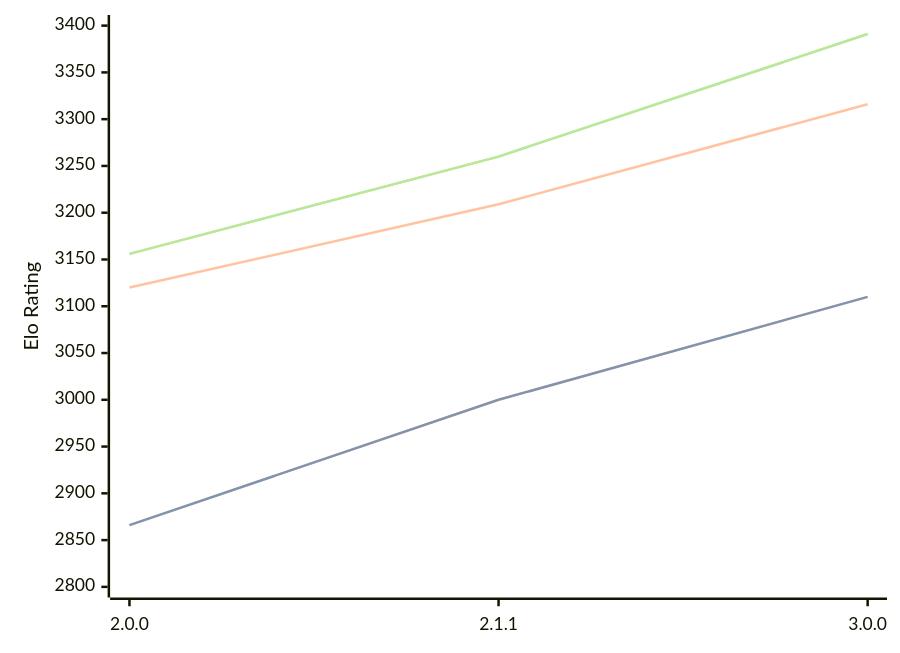
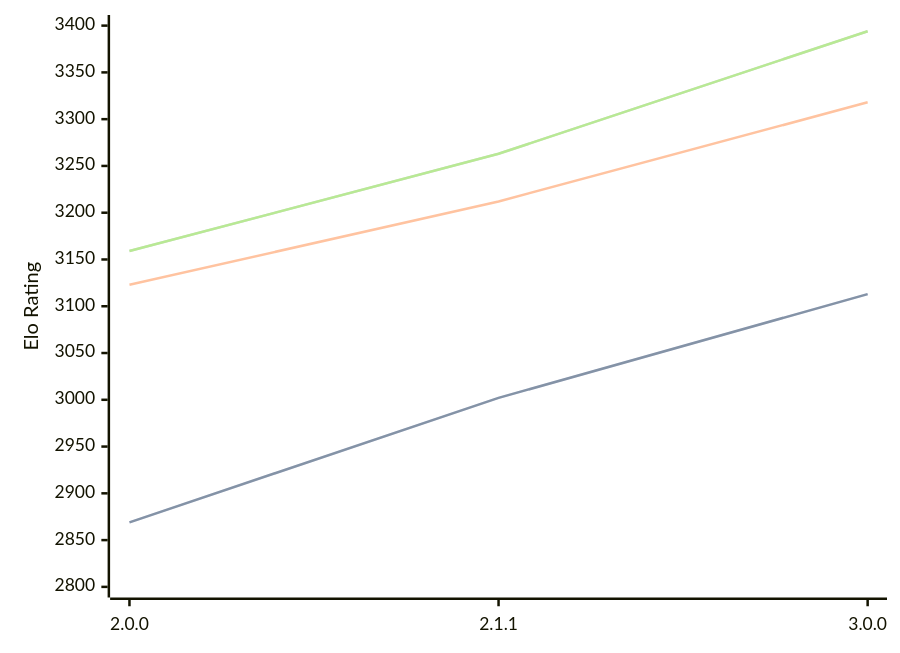
One commit to computer-chess-index/cci changed the diagram in engines/Bread.md. Above: the diagram before and after it, drawn with Mermaid. The commit also changed other lines of this file, not shown here.

Commit message:
Update CCI Ratings (ELO VLTC) - 2026-09-24

````diff
--- a/engines/Bread.md
+++ b/engines/Bread.md
@@ -36,11 +36,11 @@
 ```mermaid
 %%{init: {"theme":"base","themeVariables":{"seriesColors:['#a3a3a3','#222221','#faa371']}}}%%
 xychart-beta
   x-axis ["2.0.0", "2.1.1", "3.0.0"]
   y-axis "Elo Rating" 2800 --> 3400
-  line "" [2866, 3000, 3110]
-  line "STC (8.0+0.08s)" [2866, 3000, 3110]
-  line "LTC (60.0+0.60s)" [3120, 3209, 3316]
-  line "" [3156, 3260, 3391]
-  line "VLTC (2m24s+1.12s)" [3156, 3260, 3391]
+  line "" [2869, 3002, 3113]
+  line "STC (8.0+0.08s)" [2869, 3002, 3113]
+  line "LTC (60.0+0.60s)" [3123, 3212, 3318]
+  line "" [3159, 3263, 3394]
+  line "VLTC (2m24s+1.12s)" [3159, 3263, 3394]
 ```
````
